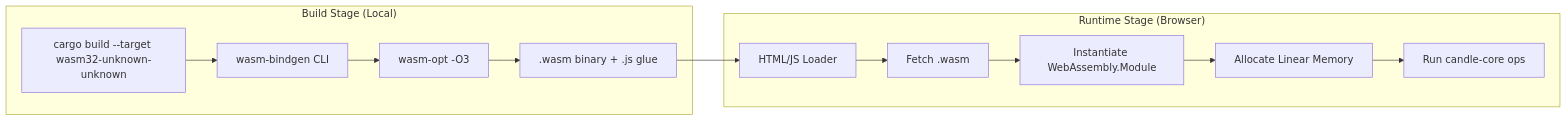
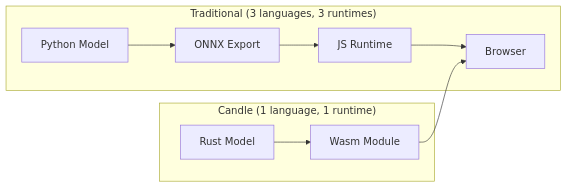
Before and after one commit to Leito2/Learning: the first of 2 diagrams in SW-ML-AI Engineering/14 - Rust Engineering/07 - Candle Advanced Patterns/04 - WebAssembly and Edge Deployment.md, drawn with Mermaid. The commit also changed other lines of this file and 123 other files, not shown here.

````diff
--- a/SW-ML-AI Engineering/14 - Rust Engineering/07 - Candle Advanced Patterns/04 - WebAssembly and Edge Deployment.md
+++ b/SW-ML-AI Engineering/14 - Rust Engineering/07 - Candle Advanced Patterns/04 - WebAssembly and Edge Deployment.md
@@ -153,17 +26,9 @@
 ```mermaid
 flowchart LR
-    subgraph Build["Build Stage (Local)"]
-        A[cargo build --target wasm32-unknown-unknown] --> B[wasm-bindgen CLI]
-        B --> C[wasm-opt -O3]
-        C --> D[.wasm binary + .js glue]
+    subgraph Traditional["Traditional (3 languages, 3 runtimes)"]
+        A[Python Model] --> B[ONNX Export] --> C[JS Runtime] --> D[Browser]
     end
-    
-    subgraph Runtime["Runtime Stage (Browser)"]
-        E[HTML/JS Loader] --> F[Fetch .wasm]
-        F --> G[Instantiate WebAssembly.Module]
-        G --> H[Allocate Linear Memory]
-        H --> I[Run candle-core ops]
+    subgraph CandleWay["Candle (1 language, 1 runtime)"]
+        E[Rust Model] --> F[Wasm Module] --> D
     end
-    
-    D --> E
 ```
````
